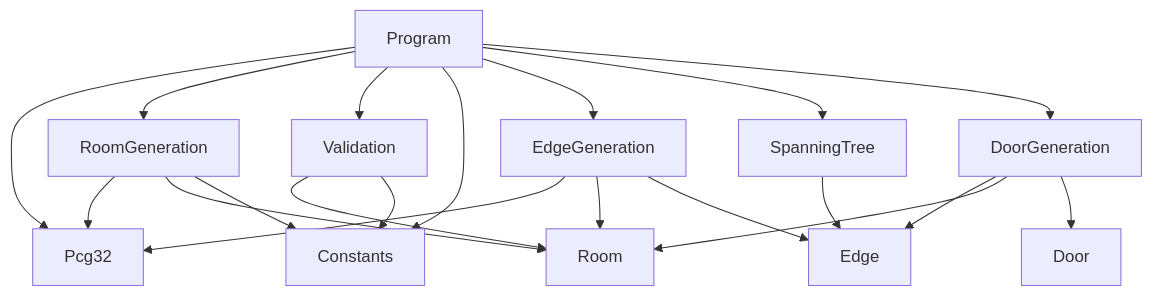
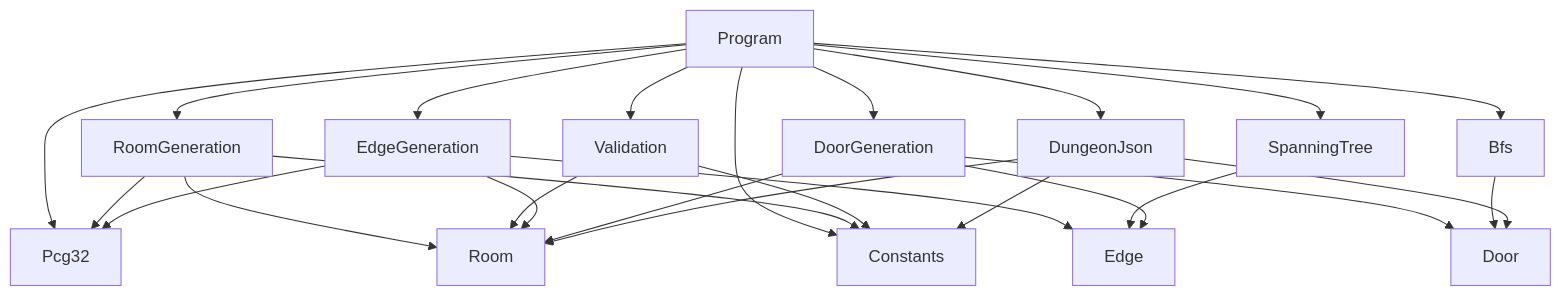
The second of 2 diagrams in Algorithms/csharp/procgen-csharp/docs/architecture.md (verdoxOP/procgen-dungeon), drawn with Mermaid before and after one commit. The commit also changed other lines of this file and 11 other files, not shown here.

First line of the commit message:
Add BFS end-room selection and JSON output

````diff
--- a/Algorithms/csharp/procgen-csharp/docs/architecture.md
+++ b/Algorithms/csharp/procgen-csharp/docs/architecture.md
@@ -92,22 +100,28 @@
 ```mermaid
 flowchart TD
     Program --> Pcg32
     Program --> RoomGeneration
     Program --> Validation
     Program --> Constants
     RoomGeneration --> Pcg32
     RoomGeneration --> Room
     RoomGeneration --> Constants
     Validation --> Room
     Validation --> Constants
     Program --> EdgeGeneration
     EdgeGeneration --> Pcg32
     EdgeGeneration --> Room
     EdgeGeneration --> Edge
     Program --> SpanningTree
     SpanningTree --> Edge
     Program --> DoorGeneration
     DoorGeneration --> Edge
     DoorGeneration --> Room
     DoorGeneration --> Door
+    Program --> Bfs
+    Bfs --> Door
+    Program --> DungeonJson
+    DungeonJson --> Room
+    DungeonJson --> Door
+    DungeonJson --> Constants
 ```
````
